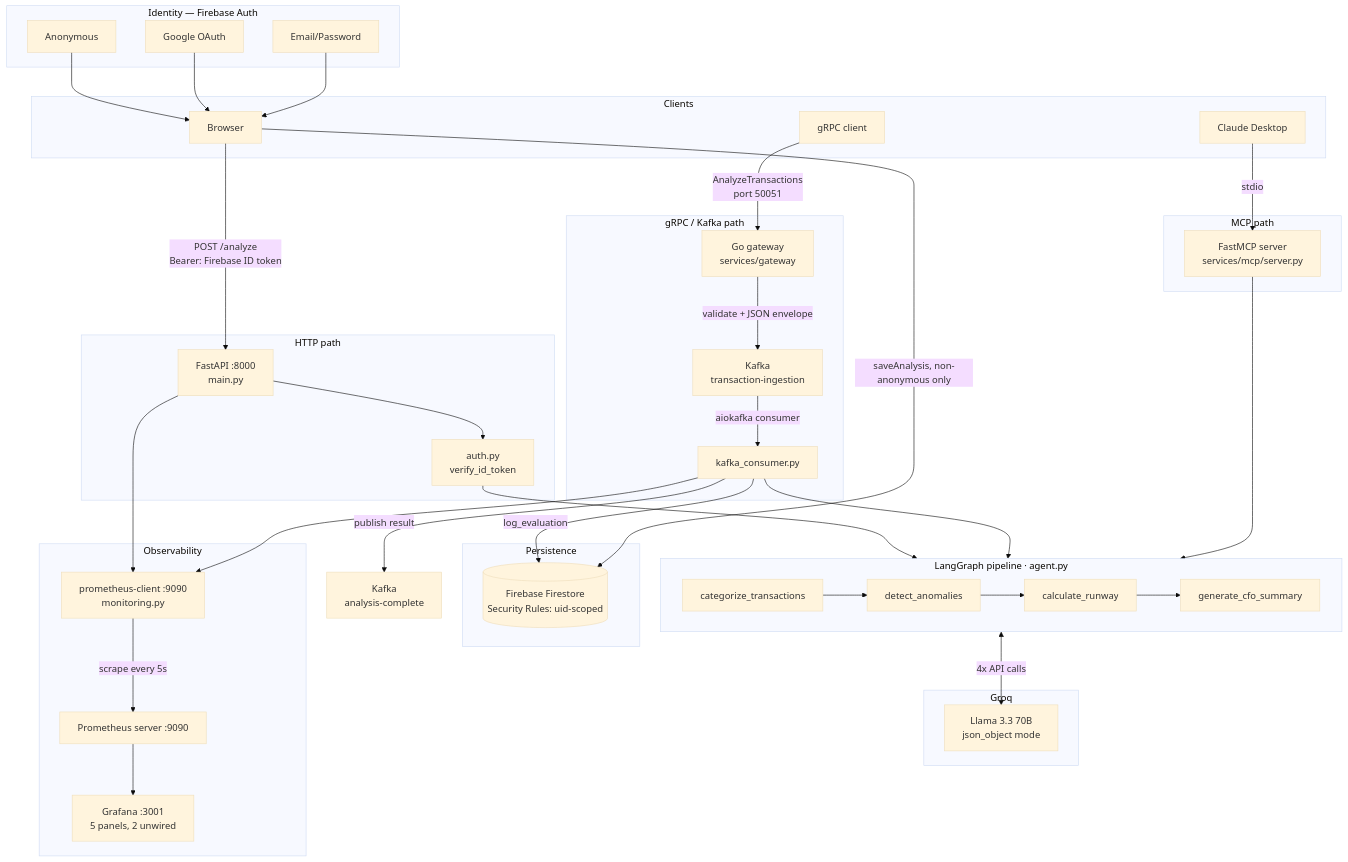
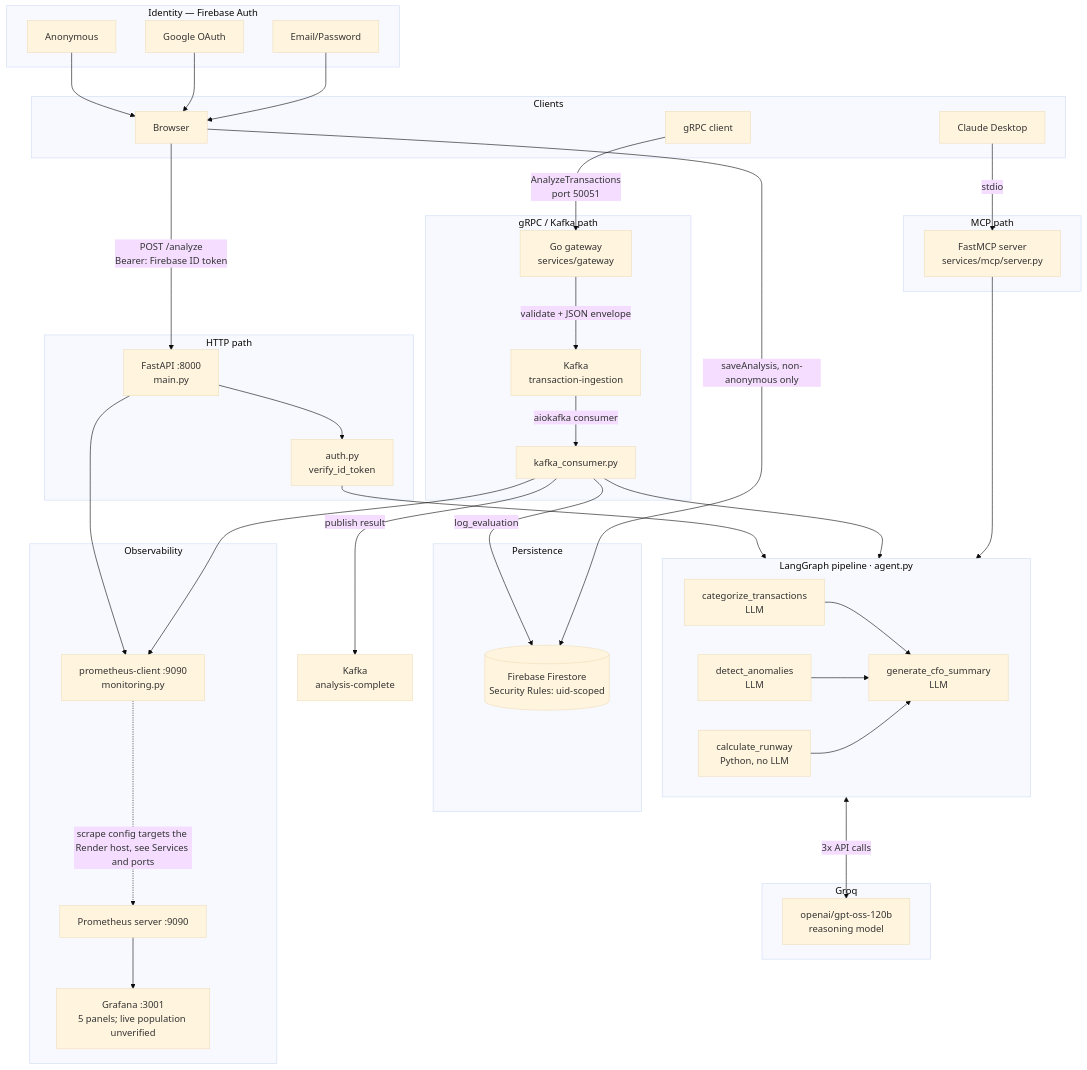
One commit to gaurannggg7/cpg-cfo-agent changed the diagram in ARCHITECTURE.md. Above: the diagram before and after it, drawn with Mermaid (base theme). The commit also changed other lines of this file and 1 other file, not shown here.

````diff
--- a/ARCHITECTURE.md
+++ b/ARCHITECTURE.md
@@ -7,67 +7,67 @@
 ```mermaid
 flowchart TD
     subgraph clients["Clients"]
         BROWSER[Browser]
         GRPC_CLIENT[gRPC client]
         CLAUDE[Claude Desktop]
     end
 
     subgraph http["HTTP path"]
         BROWSER -->|POST /analyze\nBearer: Firebase ID token| API[FastAPI :8000\nmain.py]
         API --> AUTH[auth.py\nverify_id_token]
     end
 
     subgraph grpc["gRPC / Kafka path"]
         GRPC_CLIENT -->|AnalyzeTransactions\nport 50051| GW[Go gateway\nservices/gateway]
         GW -->|validate + JSON envelope| KIN[Kafka\ntransaction-ingestion]
         KIN -->|aiokafka consumer| KC[kafka_consumer.py]
     end
 
     subgraph mcp["MCP path"]
         CLAUDE -->|stdio| MCP[FastMCP server\nservices/mcp/server.py]
     end
 
     subgraph pipeline["LangGraph pipeline  ·  agent.py"]
-        P1[categorize_transactions] --> P2[detect_anomalies]
-        P2 --> P3[calculate_runway]
-        P3 --> P4[generate_cfo_summary]
+        P1[categorize_transactions\nLLM] --> P4[generate_cfo_summary\nLLM]
+        P2[detect_anomalies\nLLM] --> P4
+        P3[calculate_runway\nPython, no LLM] --> P4
     end
 
     subgraph groq["Groq"]
-        LLM[Llama 3.3 70B\njson_object mode]
+        LLM[openai/gpt-oss-120b\nreasoning model]
     end
 
     AUTH --> pipeline
     KC --> pipeline
     MCP --> pipeline
-    pipeline <-->|4x API calls| LLM
+    pipeline <-->|3x API calls| LLM
 
     subgraph identity["Identity — Firebase Auth"]
         GUEST[Anonymous]
         GOOGLE[Google OAuth]
         EMAIL[Email/Password]
     end
 
     GUEST --> BROWSER
     GOOGLE --> BROWSER
     EMAIL --> BROWSER
 
     subgraph persistence["Persistence"]
         FS[(Firebase Firestore\nSecurity Rules: uid-scoped)]
     end
 
     subgraph observability["Observability"]
         METRICS[prometheus-client :9090\nmonitoring.py]
         PROM[Prometheus server :9090]
-        GRAFANA[Grafana :3001\n5 panels, 2 unwired]
+        GRAFANA[Grafana :3001\n5 panels; live population unverified]
     end
 
     KC -->|log_evaluation| FS
     BROWSER -->|saveAnalysis, non-anonymous only| FS
     KC -->|publish result| KOUT[Kafka\nanalysis-complete]
 
     API --> METRICS
     KC --> METRICS
-    METRICS -->|scrape every 5s| PROM
+    METRICS -.->|scrape config targets the Render host, see Services and ports| PROM
     PROM --> GRAFANA
 ```
````
